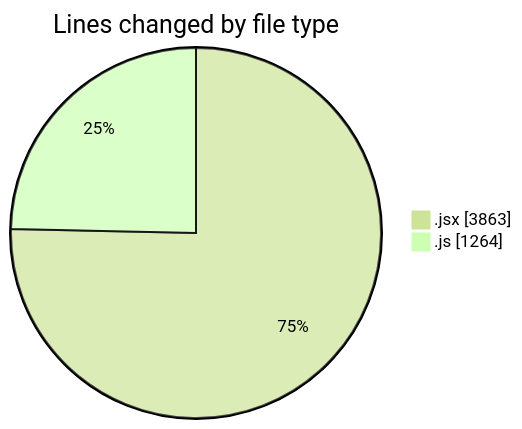
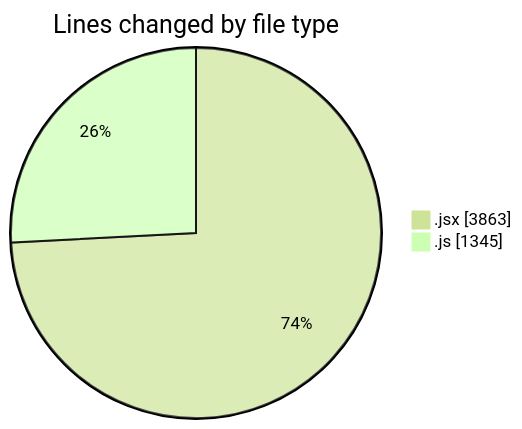
The first of 2 diagrams in 2025-12-24/nxtqube_webapp/README.md (nxtqubesakshisongat/code-tracking), drawn with Mermaid (forest theme) before and after one commit. The commit also changed other lines of this file and 1 other file, not shown here.

````diff
--- a/2025-12-24/nxtqube_webapp/README.md
+++ b/2025-12-24/nxtqube_webapp/README.md
@@ -24,6 +24,6 @@
 ```mermaid
 pie showData
 title Lines changed by file type
 ".jsx" : 3863
-".js" : 1264
+".js" : 1345
 ```
````
